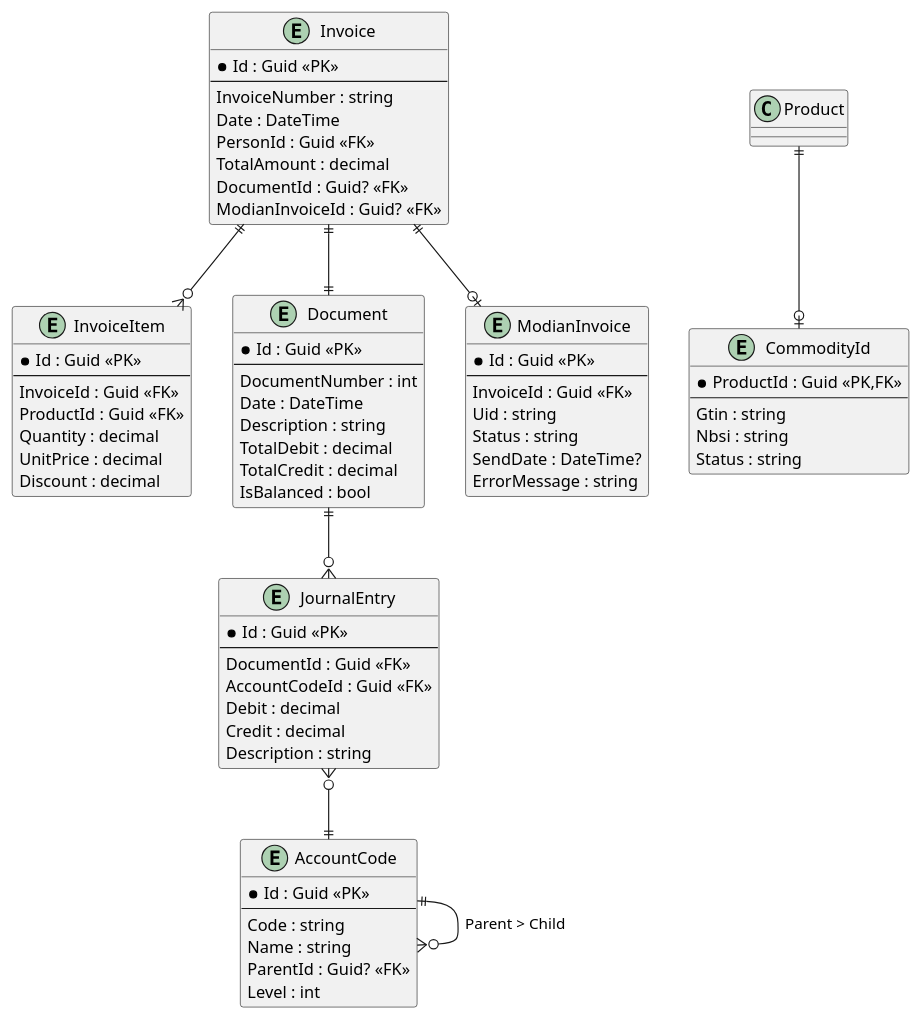
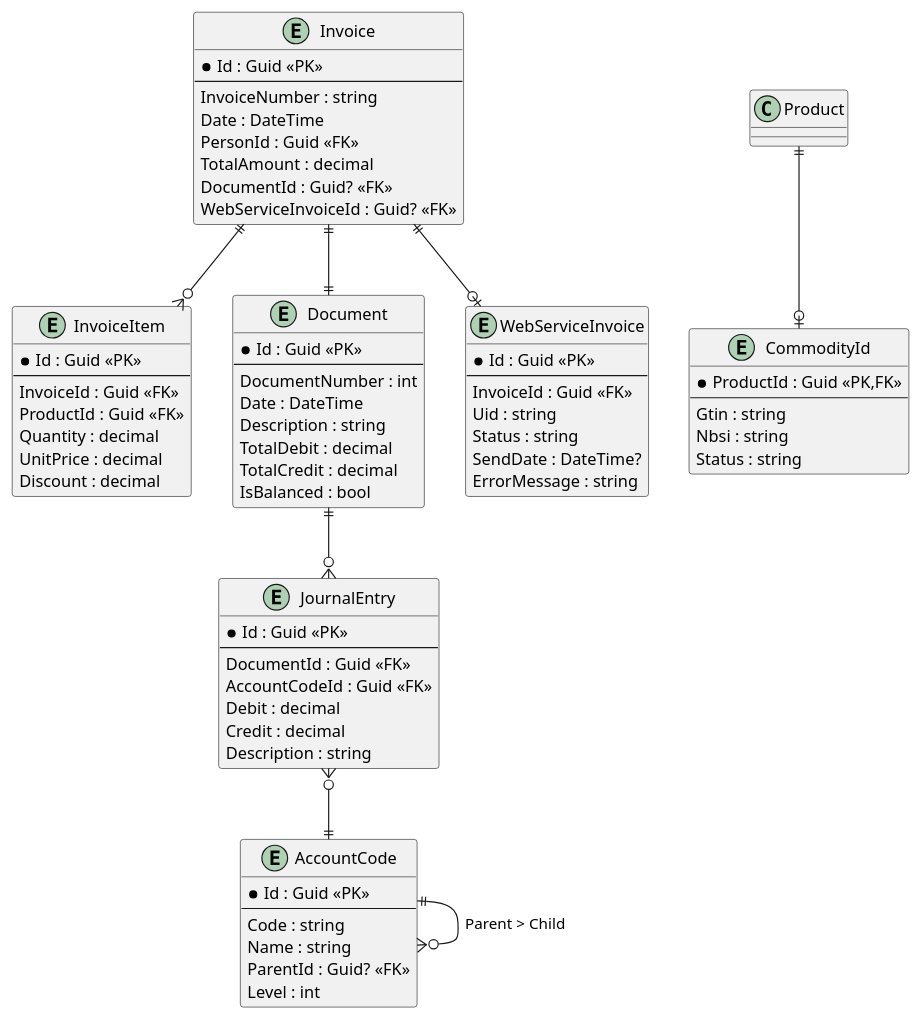
The diagram in Documents/mahak_migration/puml/er_diagram.puml (aghili/Documents), drawn with PlantUML before and after one commit. The commit also changed 6 other files, not shown here.

Commit message:
update diagrams

```diff
--- a/Documents/mahak_migration/puml/er_diagram.puml
+++ b/Documents/mahak_migration/puml/er_diagram.puml
@@ -1,78 +1,78 @@
 @startuml
 entity "Invoice" {
   *Id : Guid <<PK>>
   --
   InvoiceNumber : string
   Date : DateTime
   PersonId : Guid <<FK>>
   TotalAmount : decimal
   DocumentId : Guid? <<FK>>
-  ModianInvoiceId : Guid? <<FK>>
+  WebServiceInvoiceId : Guid? <<FK>>
 }
 
 entity "InvoiceItem" {
   *Id : Guid <<PK>>
   --
   InvoiceId : Guid <<FK>>
   ProductId : Guid <<FK>>
   Quantity : decimal
   UnitPrice : decimal
   Discount : decimal
 }
 
 entity "Document" {
   *Id : Guid <<PK>>
   --
   DocumentNumber : int
   Date : DateTime
   Description : string
   TotalDebit : decimal
   TotalCredit : decimal
   IsBalanced : bool
 }
 
 entity "JournalEntry" {
   *Id : Guid <<PK>>
   --
   DocumentId : Guid <<FK>>
   AccountCodeId : Guid <<FK>>
   Debit : decimal
   Credit : decimal
   Description : string
 }
 
 entity "AccountCode" {
   *Id : Guid <<PK>>
   --
   Code : string
   Name : string
   ParentId : Guid? <<FK>>
   Level : int
 }
 
-entity "ModianInvoice" {
+entity "WebServiceInvoice" {
   *Id : Guid <<PK>>
   --
   InvoiceId : Guid <<FK>>
   Uid : string
   Status : string
   SendDate : DateTime?
   ErrorMessage : string
 }
 
 entity "CommodityId" {
   *ProductId : Guid <<PK,FK>>
   --
   Gtin : string
   Nbsi : string
   Status : string
 }
 
 Invoice ||--o{ InvoiceItem
 Invoice ||--|| Document
 Document ||--o{ JournalEntry
 JournalEntry }o--|| AccountCode
 AccountCode ||--o{ AccountCode : "Parent > Child"
-Invoice ||--o| ModianInvoice
+Invoice ||--o| WebServiceInvoice
 Product ||--o| CommodityId
 @enduml
```
